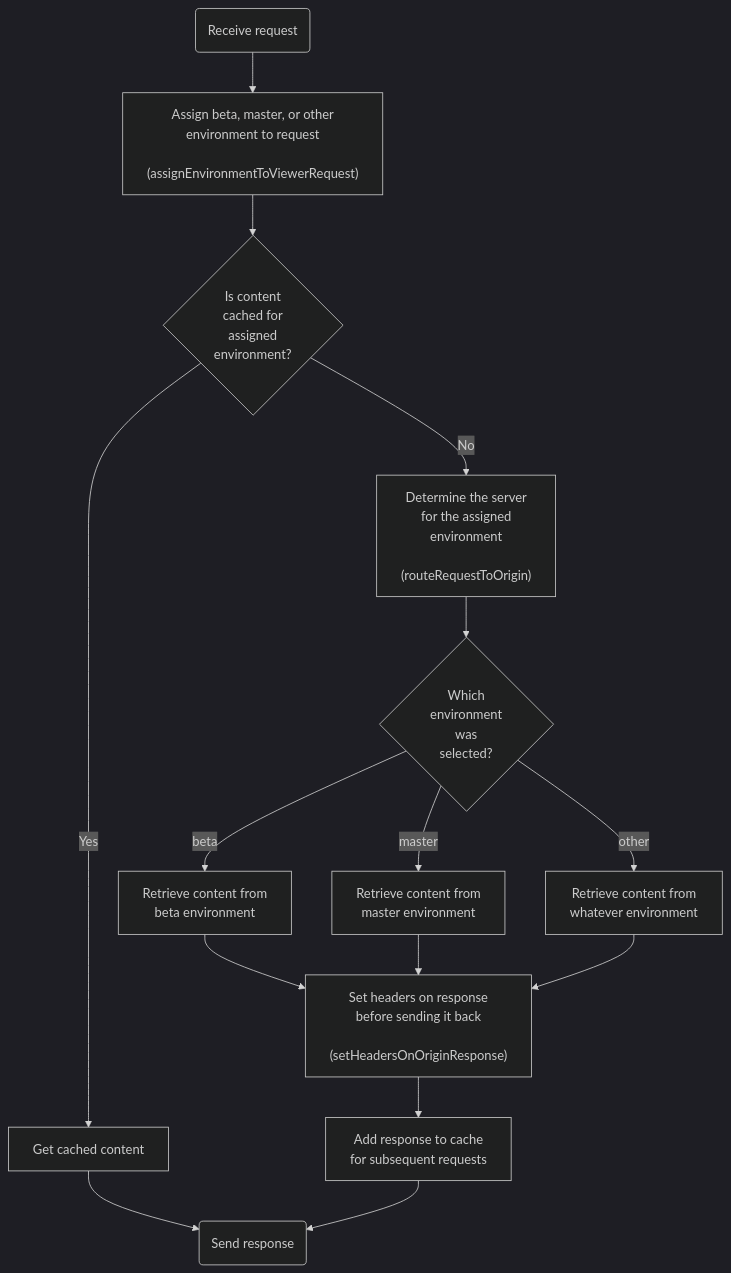
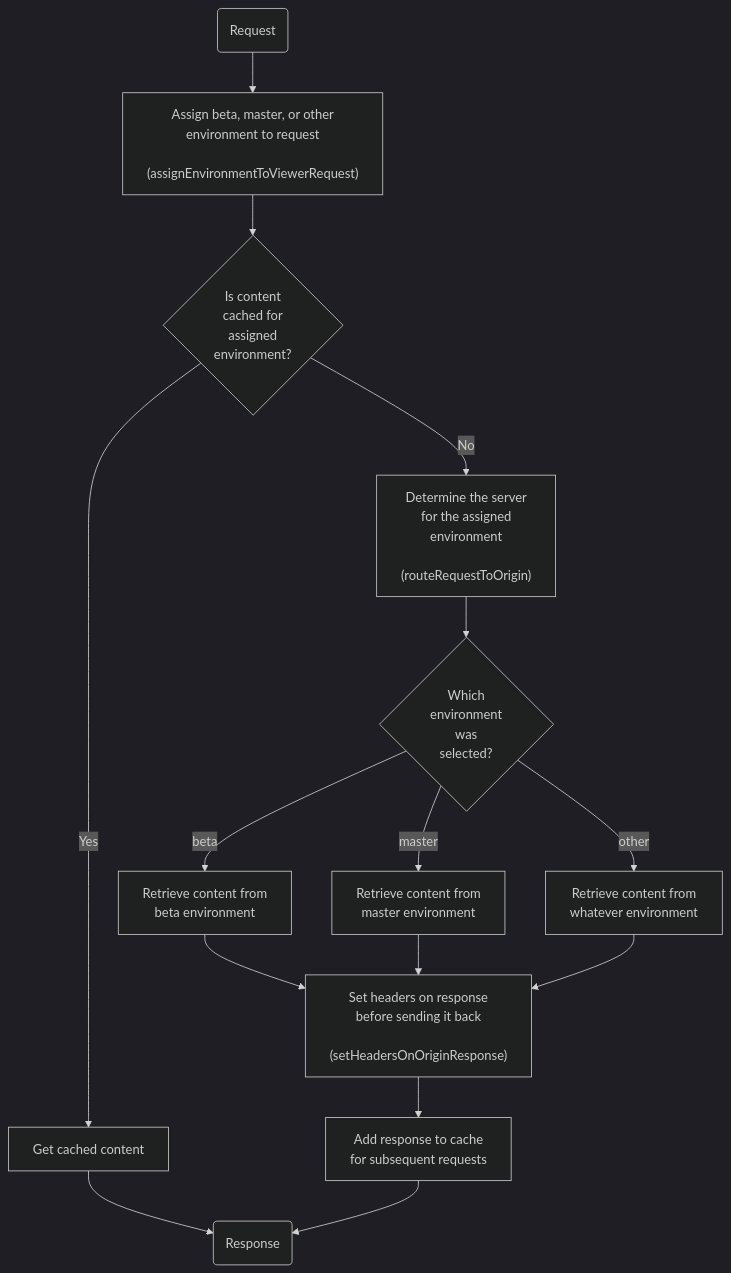
One commit to hollowverse-archive/architecture changed the diagram in hollowverseComCloudFront/hollowverseComCloudFront.md. Above: the diagram before and after it, drawn with Mermaid (dark theme). The commit also changed 1 other file, not shown here.

Commit message:
Convert `serveIndexHtml` to a sequence diagram

````diff
--- a/hollowverseComCloudFront/hollowverseComCloudFront.md
+++ b/hollowverseComCloudFront/hollowverseComCloudFront.md
@@ -3,17 +3,17 @@
 ```mermaid
 graph TD
-  start(Receive request) --> aetvr["Assign beta, master, or other<br>environment to request<br><br>(assignEnvironmentToViewerRequest)"]
+  start(Request) --> aetvr["Assign beta, master, or other<br>environment to request<br><br>(assignEnvironmentToViewerRequest)"]
   aetvr --> isCached{Is content<br>cached for<br>assigned<br>environment?}
   isCached --> |Yes| cachedContent[Get cached content]
-  cachedContent --> response(Send response)
+  cachedContent --> response(Response)
   isCached --> |No| routeRequestToOrigin["Determine the server<br>for the assigned<br>environment<br><br>(routeRequestToOrigin)"]
   routeRequestToOrigin --> whichEnv{Which<br>environment<br>was<br>selected?}
   whichEnv -- beta --> beta[Retrieve content from<br>beta environment]
   whichEnv -- master --> master[Retrieve content from<br>master environment]
   whichEnv -- other --> other[Retrieve content from<br>whatever environment]
   beta --> setHeaders["Set headers on response<br>before sending it back<br><br>(setHeadersOnOriginResponse)"]
   master --> setHeaders
   other --> setHeaders
   setHeaders --> cache[Add response to cache<br>for subsequent requests]
   cache --> response
 ```
````
